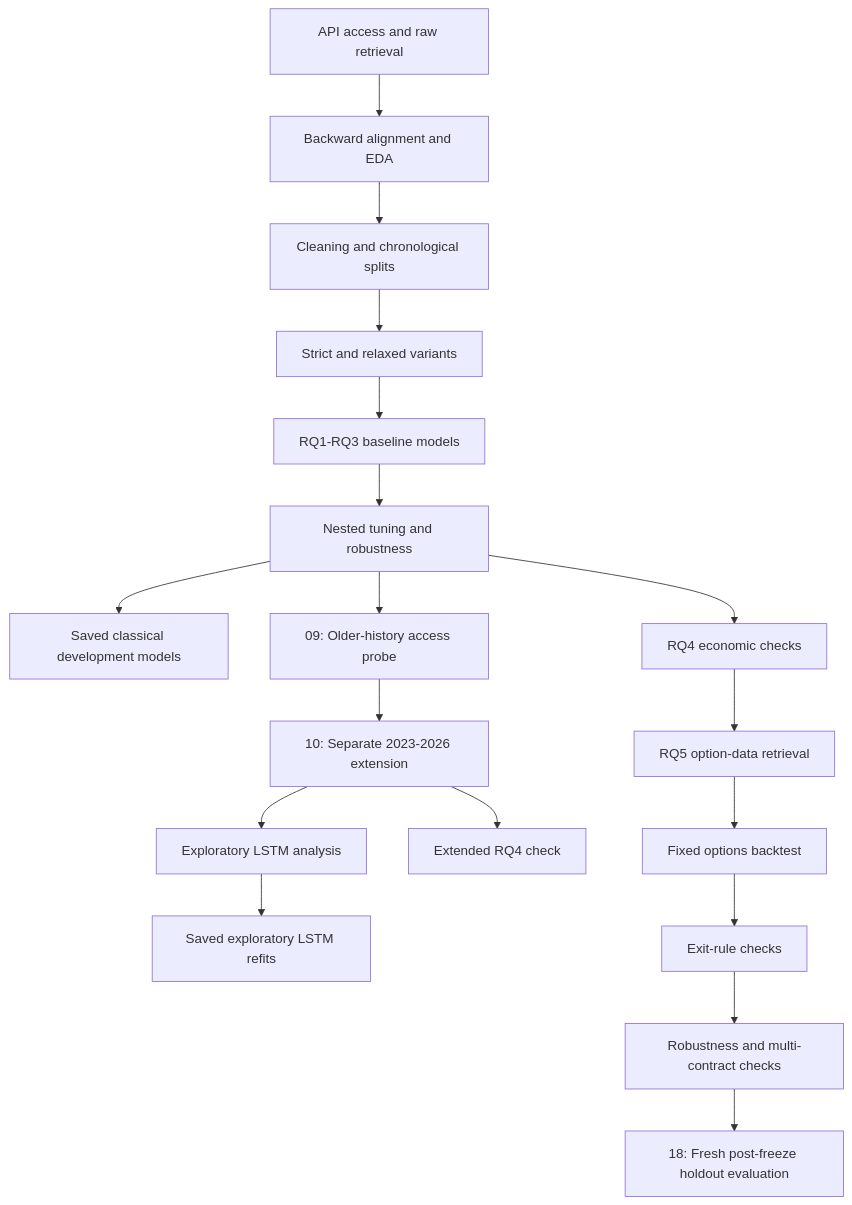
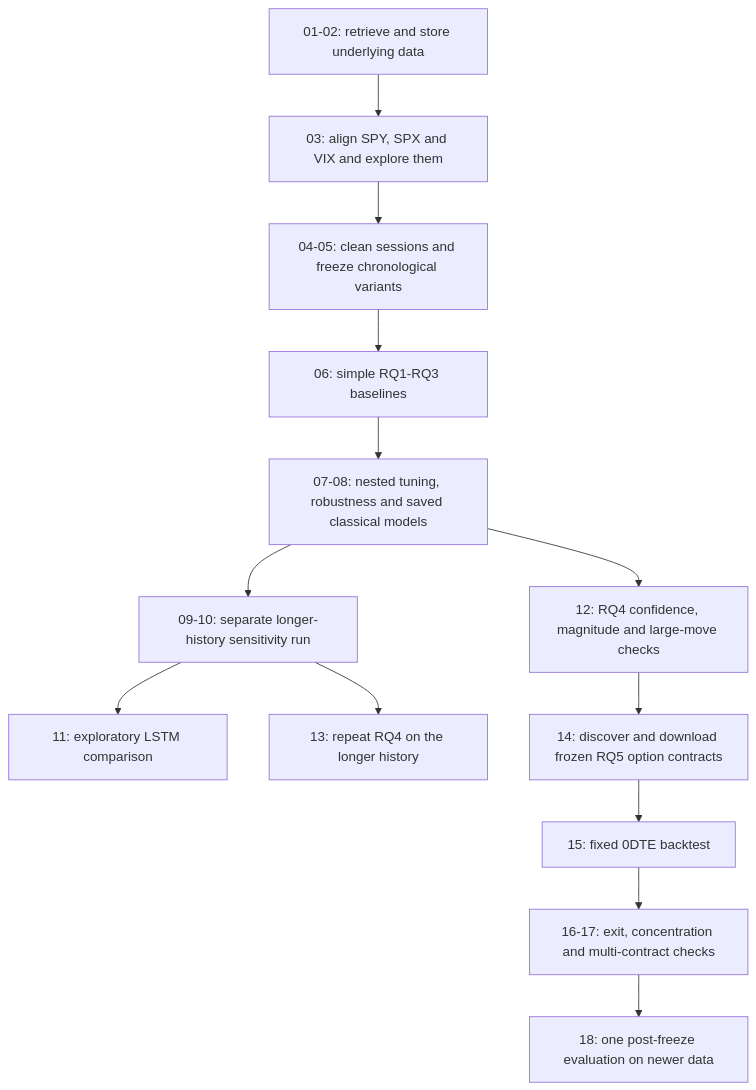
The diagram in docs/workflow.md (Ferreter/Dissertation), drawn with Mermaid before and after one commit. The commit also changed other lines of this file and 27 other files, not shown here.

````diff
--- a/docs/workflow.md
+++ b/docs/workflow.md
@@ -7,20 +9,15 @@
 ```mermaid
 flowchart TD
-    A["API access and raw retrieval"] --> B["Backward alignment and EDA"]
-    B --> C["Cleaning and chronological splits"]
-    C --> D["Strict and relaxed variants"]
-    D --> E["RQ1-RQ3 baseline models"]
-    E --> F["Nested tuning and robustness"]
-    F --> G["Saved classical development models"]
-    F --> H0["09: Older-history access probe"]
-    H0 --> H["10: Separate 2023-2026 extension"]
-    H --> I["Exploratory LSTM analysis"]
-    I --> J["Saved exploratory LSTM refits"]
-    F --> K["RQ4 economic checks"]
-    H --> L["Extended RQ4 check"]
-    K --> M["RQ5 option-data retrieval"]
-    M --> N["Fixed options backtest"]
-    N --> O["Exit-rule checks"]
-    O --> P["Robustness and multi-contract checks"]
-    P --> Q["18: Fresh post-freeze holdout evaluation"]
+    A["01-02: retrieve and store underlying data"] --> B["03: align SPY, SPX and VIX and explore them"]
+    B --> C["04-05: clean sessions and freeze chronological variants"]
+    C --> D["06: simple RQ1-RQ3 baselines"]
+    D --> E["07-08: nested tuning, robustness and saved classical models"]
+    E --> F["12: RQ4 confidence, magnitude and large-move checks"]
+    E --> G["09-10: separate longer-history sensitivity run"]
+    G --> H["11: exploratory LSTM comparison"]
+    G --> I["13: repeat RQ4 on the longer history"]
+    F --> J["14: discover and download frozen RQ5 option contracts"]
+    J --> K["15: fixed 0DTE backtest"]
+    K --> L["16-17: exit, concentration and multi-contract checks"]
+    L --> M["18: one post-freeze evaluation on newer data"]
 ```
````
